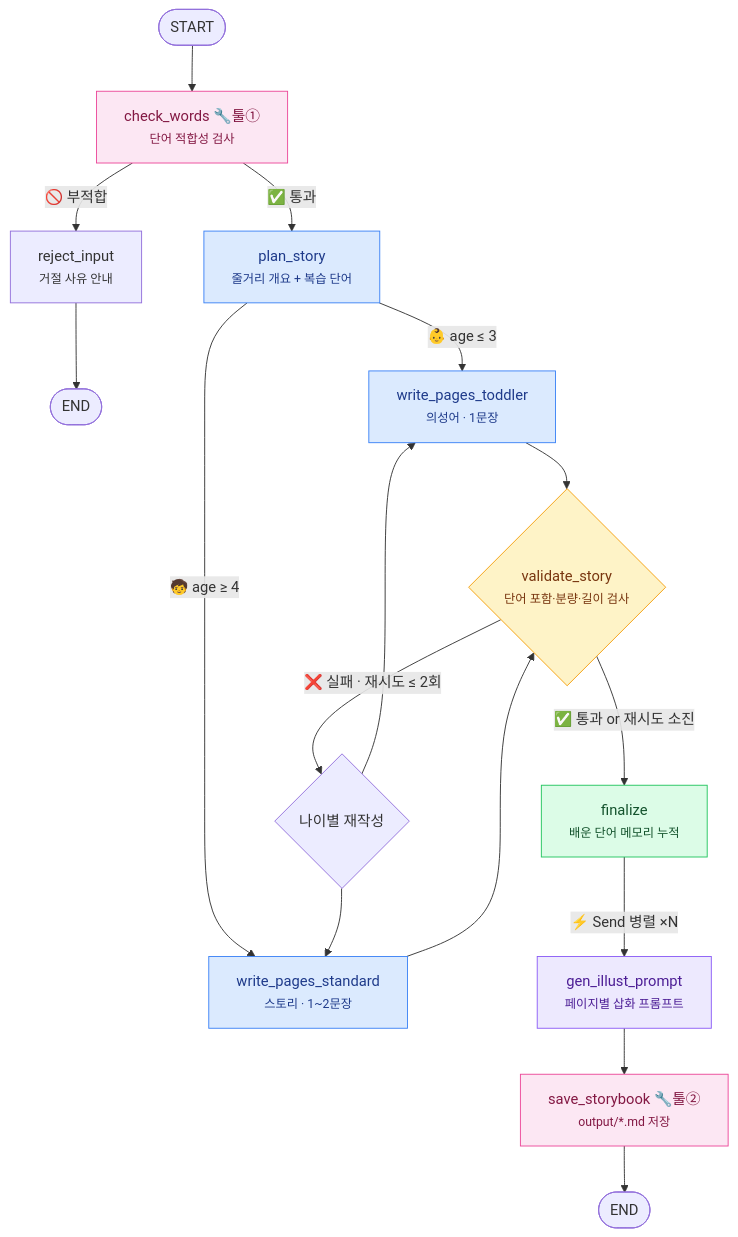
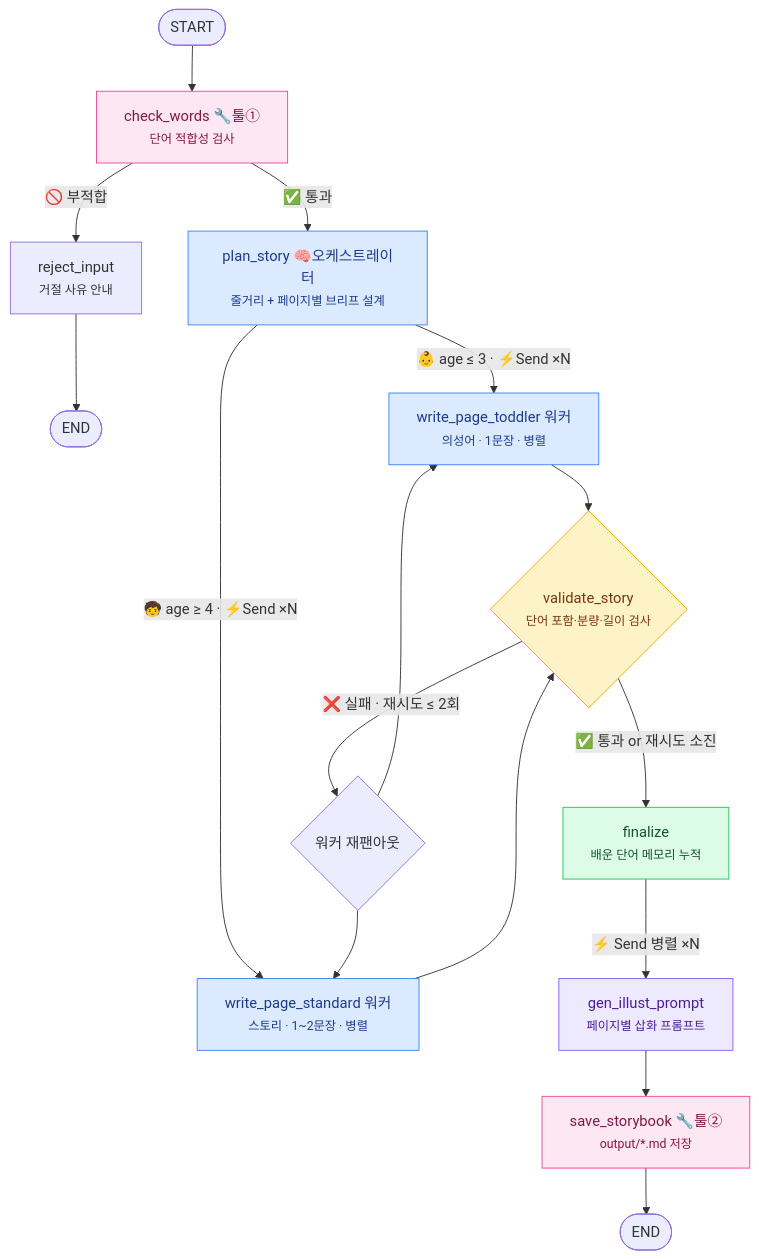
One commit to jang-yean-chul/master-agent changed the diagram in project_1/README.md. Above: the diagram before and after it, drawn with Mermaid. The commit also changed other lines of this file and 13 other files, not shown here.

````diff
--- a/project_1/README.md
+++ b/project_1/README.md
@@ -33,24 +33,24 @@
 ```mermaid
 flowchart TD
     S([START]) --> T1[check_words 🔧툴①<br/><small>단어 적합성 검사</small>]
     T1 -- "🚫 부적합" --> R[reject_input<br/><small>거절 사유 안내</small>] --> E1([END])
-    T1 -- "✅ 통과" --> A[plan_story<br/><small>줄거리 개요 + 복습 단어</small>]
-    A -- "👶 age ≤ 3" --> B1[write_pages_toddler<br/><small>의성어 · 1문장</small>]
-    A -- "🧒 age ≥ 4" --> B2[write_pages_standard<br/><small>스토리 · 1~2문장</small>]
+    T1 -- "✅ 통과" --> A[plan_story 🧠오케스트레이터<br/><small>줄거리 + 페이지별 브리프 설계</small>]
+    A -- "👶 age ≤ 3 · ⚡Send ×N" --> B1[write_page_toddler 워커<br/><small>의성어 · 1문장 · 병렬</small>]
+    A -- "🧒 age ≥ 4 · ⚡Send ×N" --> B2[write_page_standard 워커<br/><small>스토리 · 1~2문장 · 병렬</small>]
     B1 --> C{validate_story<br/><small>단어 포함·분량·길이 검사</small>}
     B2 --> C
-    C -- "❌ 실패 · 재시도 ≤ 2회" --> A2{나이별 재작성} --> B1 & B2
+    C -- "❌ 실패 · 재시도 ≤ 2회" --> A2{워커 재팬아웃} --> B1 & B2
     C -- "✅ 통과 or 재시도 소진" --> D[finalize<br/><small>배운 단어 메모리 누적</small>]
     D -- "⚡ Send 병렬 ×N" --> P[gen_illust_prompt<br/><small>페이지별 삽화 프롬프트</small>]
     P --> T2[save_storybook 🔧툴②<br/><small>output/*.md 저장</small>]
     T2 --> E2([END])
 
     style T1 fill:#fce7f3,stroke:#ec4899,color:#831843
     style T2 fill:#fce7f3,stroke:#ec4899,color:#831843
     style A fill:#dbeafe,stroke:#3b82f6,color:#1e3a8a
     style B1 fill:#dbeafe,stroke:#3b82f6,color:#1e3a8a
     style B2 fill:#dbeafe,stroke:#3b82f6,color:#1e3a8a
     style C fill:#fef3c7,stroke:#f59e0b,color:#78350f
     style P fill:#ede9fe,stroke:#8b5cf6,color:#4c1d95
     style D fill:#dcfce7,stroke:#22c55e,color:#14532d
 ```
````
